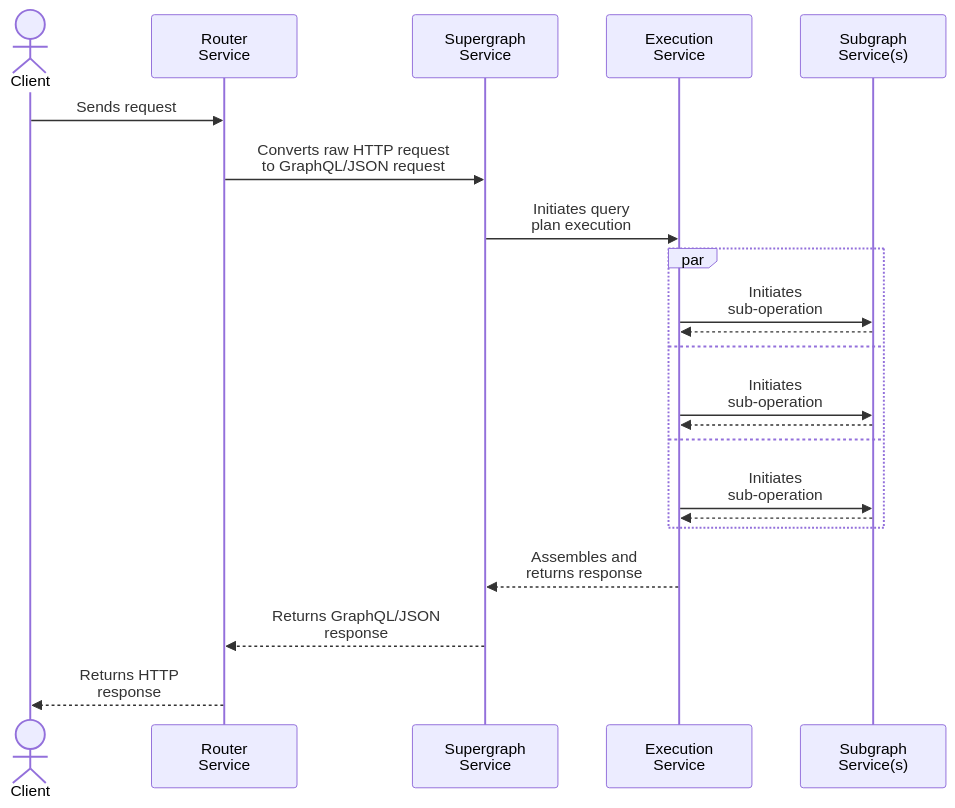
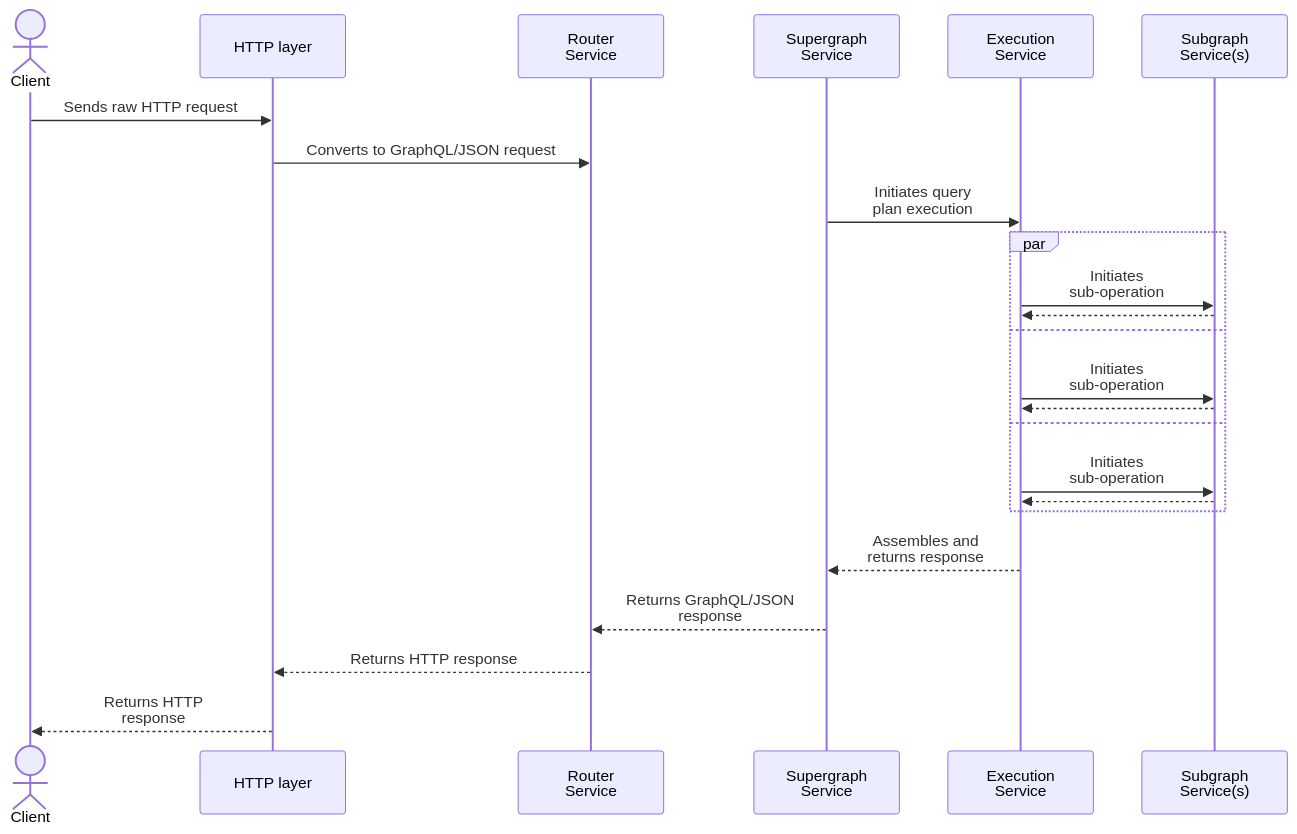
One commit to apollographql/router changed the first of 3 diagrams in docs/source/routing/customization/rhai/index.mdx. Above: the diagram before and after it, drawn with Mermaid. The commit also changed other lines of this file and 13 other files, not shown here.

````diff
--- a/docs/source/routing/customization/rhai/index.mdx
+++ b/docs/source/routing/customization/rhai/index.mdx
@@ -145,25 +156,27 @@
 ```mermaid
 sequenceDiagram
     actor Client
+    participant HttpLayer as HTTP layer
     participant RouterService as Router<br/>Service
     participant SupergraphService as Supergraph<br/>Service
     participant ExecutionService as Execution<br/>Service
     participant SubgraphService(s) as Subgraph<br/>Service(s)
 
-    Client->>RouterService: Sends request
-    RouterService->>SupergraphService: Converts raw HTTP request<br/>to GraphQL/JSON request
+    Client->>HttpLayer: Sends raw HTTP request
+    HttpLayer->>RouterService: Converts to GraphQL/JSON request
     SupergraphService->>ExecutionService: Initiates query<br/>plan execution
     par
     ExecutionService->>SubgraphService(s): Initiates<br/>sub-operation
     SubgraphService(s)-->>ExecutionService: 
     and
     ExecutionService->>SubgraphService(s): Initiates<br/>sub-operation
     SubgraphService(s)-->>ExecutionService: 
     and
     ExecutionService->>SubgraphService(s): Initiates<br/>sub-operation
     SubgraphService(s)-->>ExecutionService: 
     end
     ExecutionService-->>SupergraphService: Assembles and<br/>returns response
     SupergraphService-->>RouterService: Returns GraphQL/JSON<br/>response
-    RouterService-->>Client: Returns HTTP<br/>response
+    RouterService-->>HttpLayer: Returns HTTP response
+    HttpLayer-->>Client: Returns HTTP<br/>response
 ```
````
